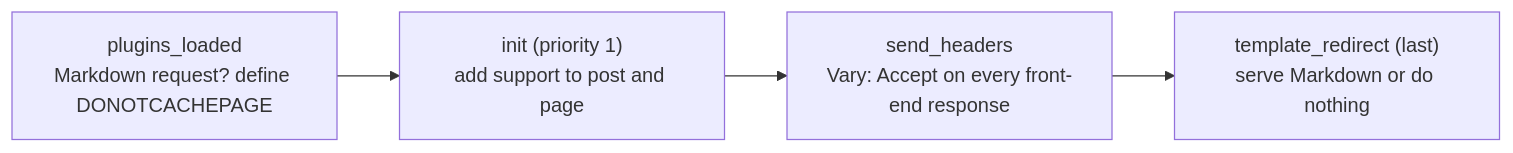
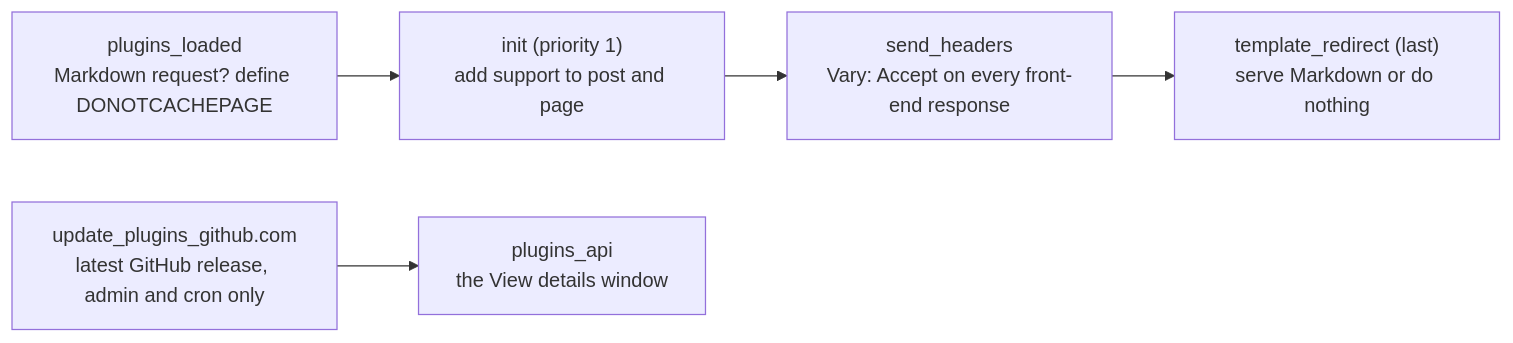
The first of 4 diagrams in README.md (teemujonkkari/accept-markdown), drawn with Mermaid before and after one commit. The commit also changed other lines of this file and 3 other files, not shown here.

First line of the commit message:
feat: update through the WordPress updater from GitHub releases

````diff
--- a/README.md
+++ b/README.md
@@ -55,6 +55,7 @@
 ```mermaid
 flowchart LR
     A["plugins_loaded<br/>Markdown request? define DONOTCACHEPAGE"] --> B["init (priority 1)<br/>add support to post and page"]
     B --> C["send_headers<br/>Vary: Accept on every front-end response"]
     C --> D["template_redirect (last)<br/>serve Markdown or do nothing"]
+    U["update_plugins_github.com<br/>latest GitHub release, admin and cron only"] --> V["plugins_api<br/>the View details window"]
 ```
````
